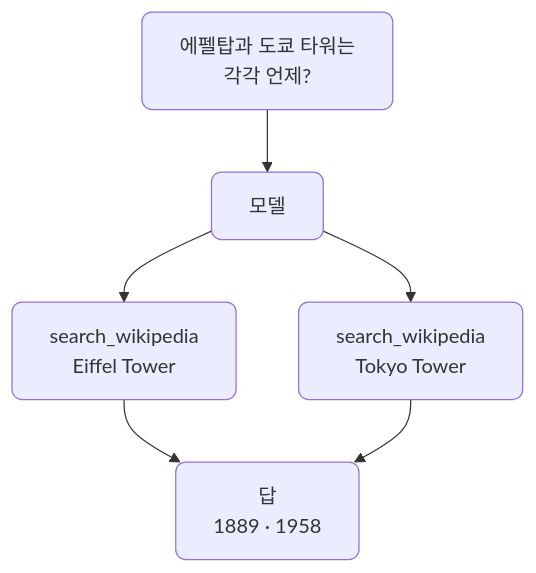
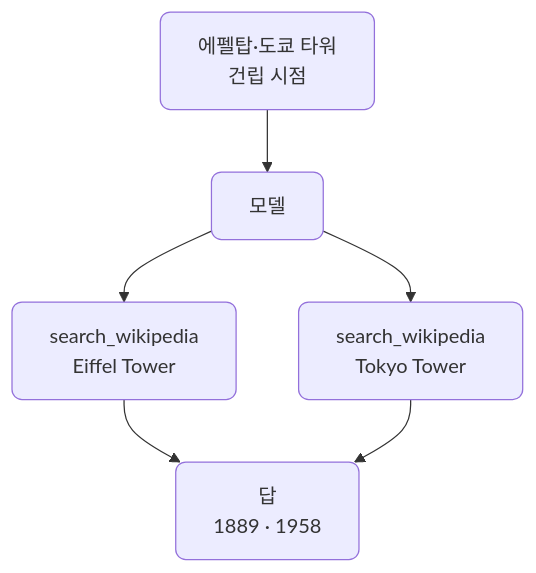
The fifth of 12 diagrams in docs/section3/lec02/README.md (CodeCompose7/ai_service_engineering), drawn with Mermaid before and after one commit. The commit also changed 12 other files, not shown here.

````diff
--- a/docs/section3/lec02/README.md
+++ b/docs/section3/lec02/README.md
@@ -72,9 +72,9 @@
 ```mermaid
 flowchart TD
-  Q["에펠탑과 도쿄 타워는<br/>각각 언제?"] --> M["모델"]
+  Q["에펠탑·도쿄 타워<br/>건립 시점"] --> M["모델"]
   M --> S1["search_wikipedia<br/>Eiffel Tower"]
   M --> S2["search_wikipedia<br/>Tokyo Tower"]
   S1 --> A["답<br/>1889 · 1958"]
   S2 --> A
   classDef default rx:8,ry:8;
 ```
````
